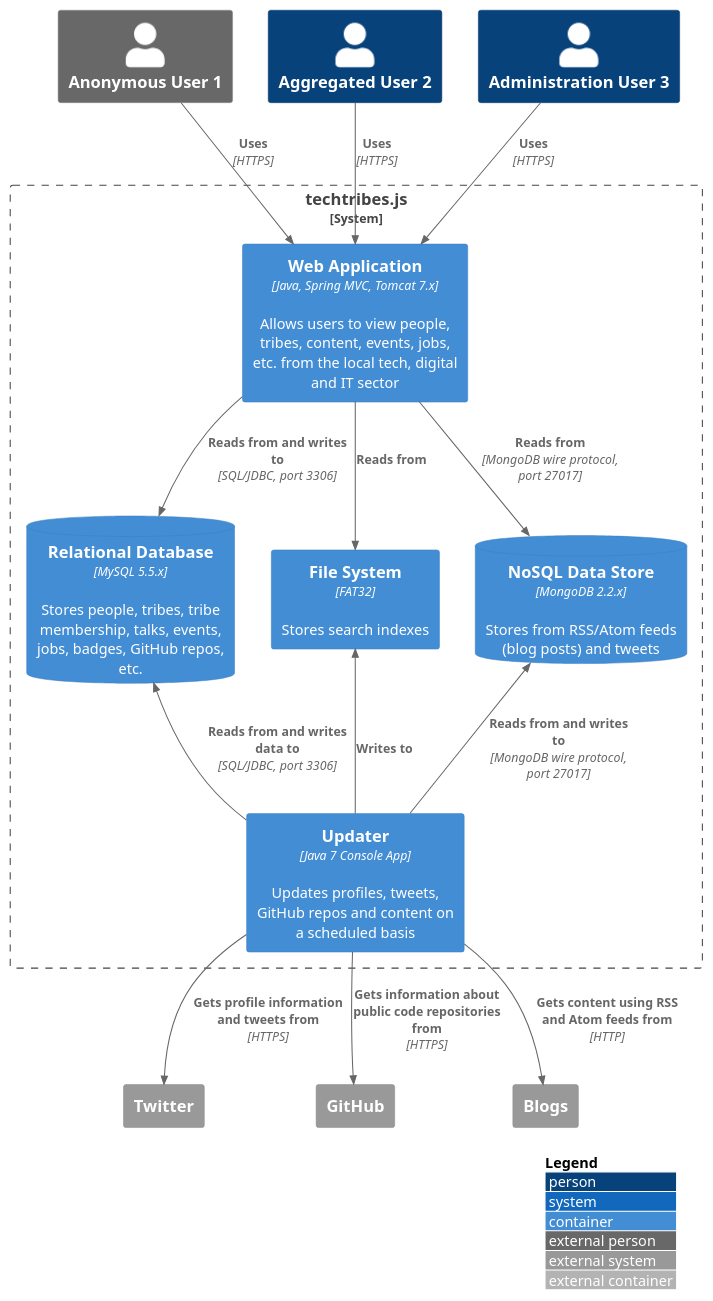
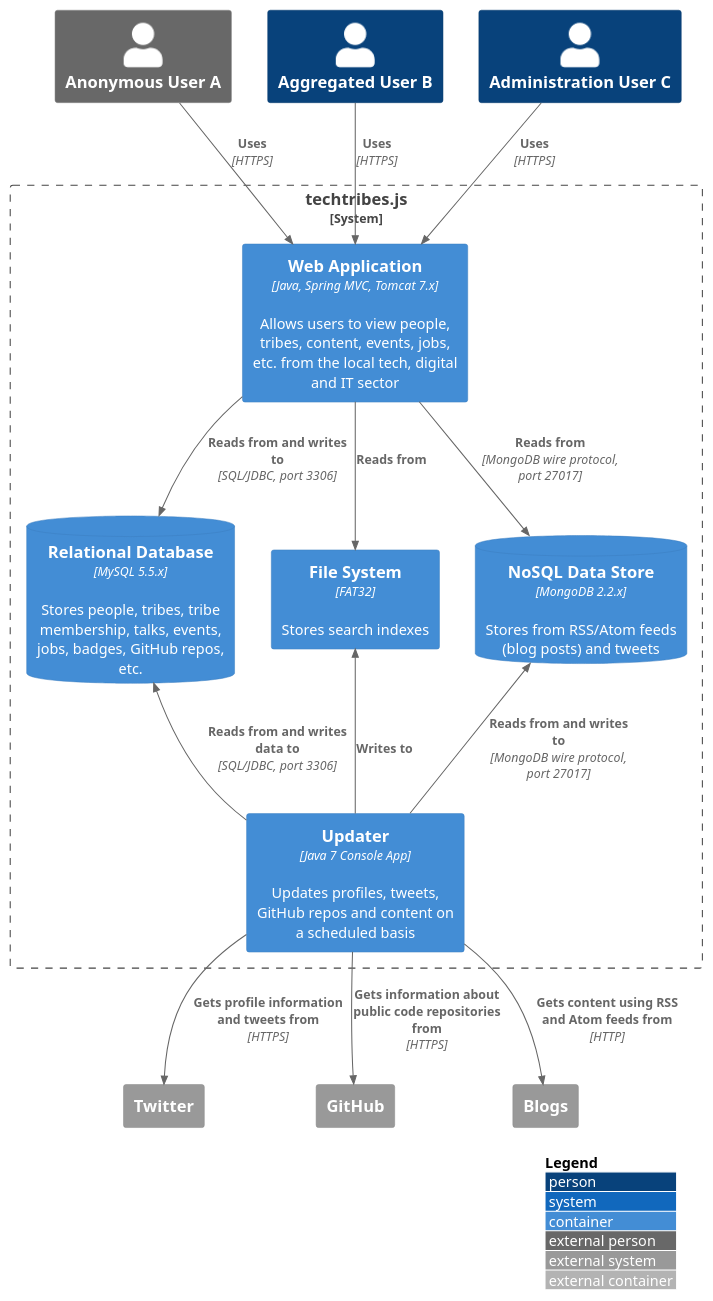
The diagram in plantuml/techtribes.puml (pangealab/athena), drawn with PlantUML before and after one commit.

```diff
--- a/plantuml/techtribes.puml
+++ b/plantuml/techtribes.puml
@@ -1,51 +1,51 @@
 @startuml "techtribesjs"
 !include https://raw.githubusercontent.com/plantuml-stdlib/C4-PlantUML/master/C4_Container.puml
 ' uncomment the following line and comment the first to use locally
 ' !include C4_Container.puml
 
 LAYOUT_TOP_DOWN()
 'LAYOUT_AS_SKETCH()
 LAYOUT_WITH_LEGEND()
 
 
-Person_Ext(anonymous_user, "Anonymous User 1")
-Person(aggregated_user, "Aggregated User 2")
-Person(administration_user, "Administration User 3")
+Person_Ext(anonymous_user, "Anonymous User A")
+Person(aggregated_user, "Aggregated User B")
+Person(administration_user, "Administration User C")
 
 System_Boundary(c1, "techtribes.js"){
     
     Container(web_app, "Web Application", "Java, Spring MVC, Tomcat 7.x", "Allows users to view people, tribes, content, events, jobs, etc. from the local tech, digital and IT sector")
 
     ContainerDb(rel_db, "Relational Database", "MySQL 5.5.x", "Stores people, tribes, tribe membership, talks, events, jobs, badges, GitHub repos, etc.")
 
     Container(filesystem, "File System", "FAT32", "Stores search indexes")
 
     ContainerDb(nosql, "NoSQL Data Store", "MongoDB 2.2.x", "Stores from RSS/Atom feeds (blog posts) and tweets")
 
     Container(updater, "Updater", "Java 7 Console App", "Updates profiles, tweets, GitHub repos and content on a scheduled basis")
 }
 
 System_Ext(twitter, "Twitter")
 System_Ext(github, "GitHub")
 System_Ext(blogs, "Blogs")
 
 
 Rel(anonymous_user, web_app, "Uses", "HTTPS")
 Rel(aggregated_user, web_app, "Uses", "HTTPS")
 Rel(administration_user, web_app, "Uses", "HTTPS")
 
 Rel(web_app, rel_db, "Reads from and writes to", "SQL/JDBC, port 3306")
 Rel(web_app, filesystem, "Reads from")
 Rel(web_app, nosql, "Reads from", "MongoDB wire protocol, port 27017")
 
 Rel_U(updater, rel_db, "Reads from and writes data to", "SQL/JDBC, port 3306")
 Rel_U(updater, filesystem, "Writes to")
 Rel_U(updater, nosql, "Reads from and writes to", "MongoDB wire protocol, port 27017")
 
 Rel(updater, twitter, "Gets profile information and tweets from", "HTTPS")
 Rel(updater, github, "Gets information about public code repositories from", "HTTPS")
 Rel(updater, blogs, "Gets content using RSS and Atom feeds from", "HTTP")
 
 Lay_R(rel_db, filesystem)
 
 @enduml
```
